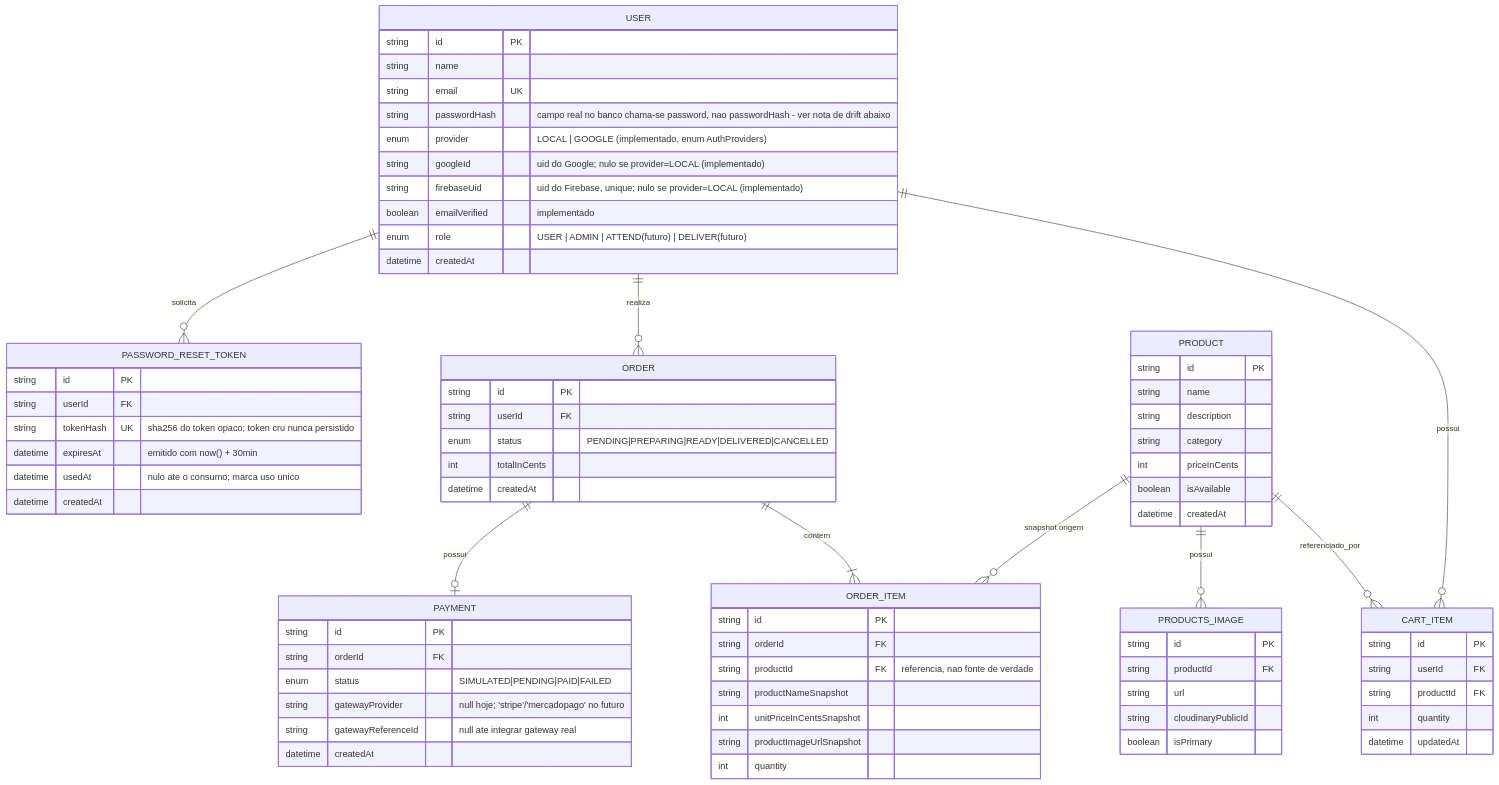
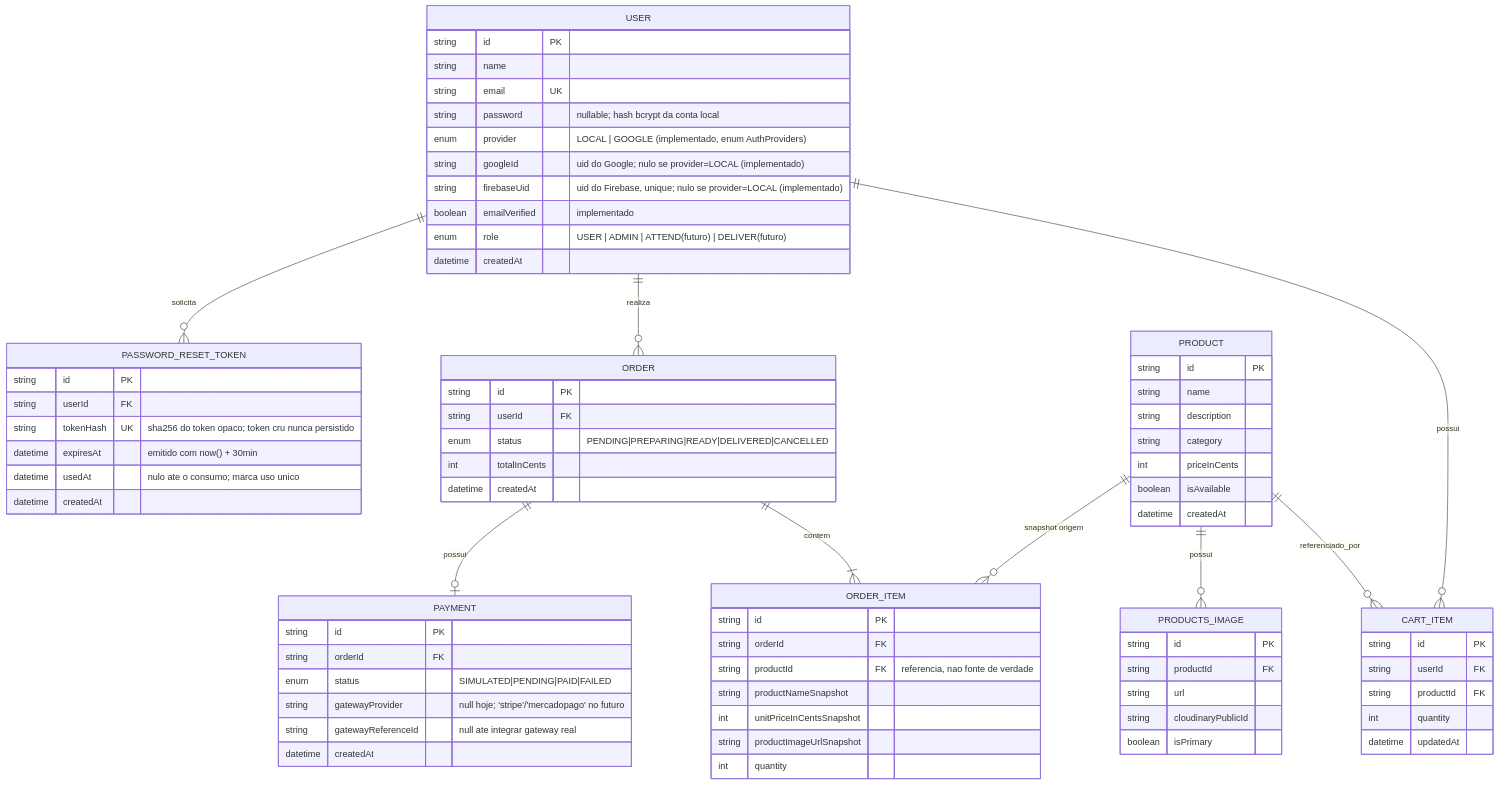
One commit to DevWesleyMedeiros/casa-do-hamburger changed the first of 6 diagrams in docs/architecture/REGRAS_DE_NEGOCIO.md. Above: the diagram before and after it, drawn with Mermaid. The commit also changed other lines of this file and 4 other files, not shown here.

```diff
--- a/docs/architecture/REGRAS_DE_NEGOCIO.md
+++ b/docs/architecture/REGRAS_DE_NEGOCIO.md
@@ -578,7 +579,7 @@
         string id PK
         string name
         string email UK
-        string passwordHash "campo real no banco chama-se password, nao passwordHash - ver nota de drift abaixo"
+        string password "nullable; hash bcrypt da conta local"
         enum provider "LOCAL | GOOGLE (implementado, enum AuthProviders)"
         string googleId "uid do Google; nulo se provider=LOCAL (implementado)"
         string firebaseUid "uid do Firebase, unique; nulo se provider=LOCAL (implementado)"
```
